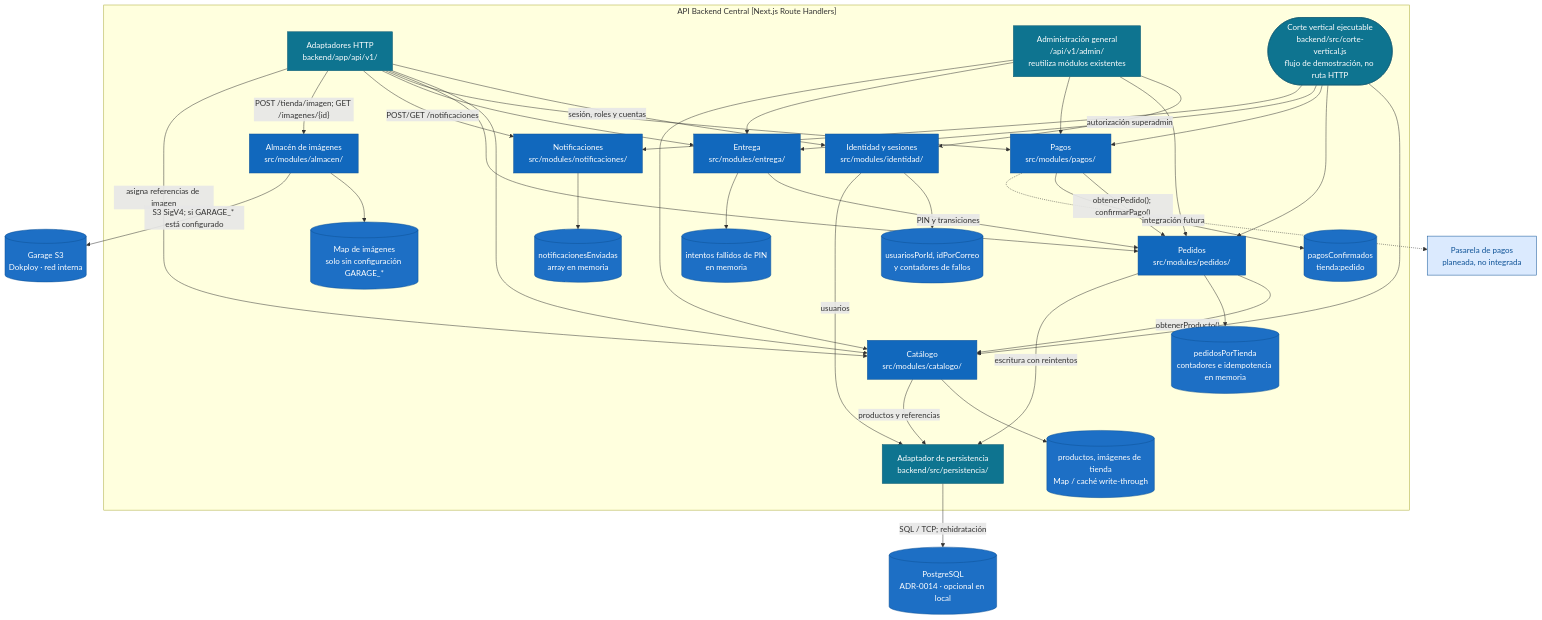
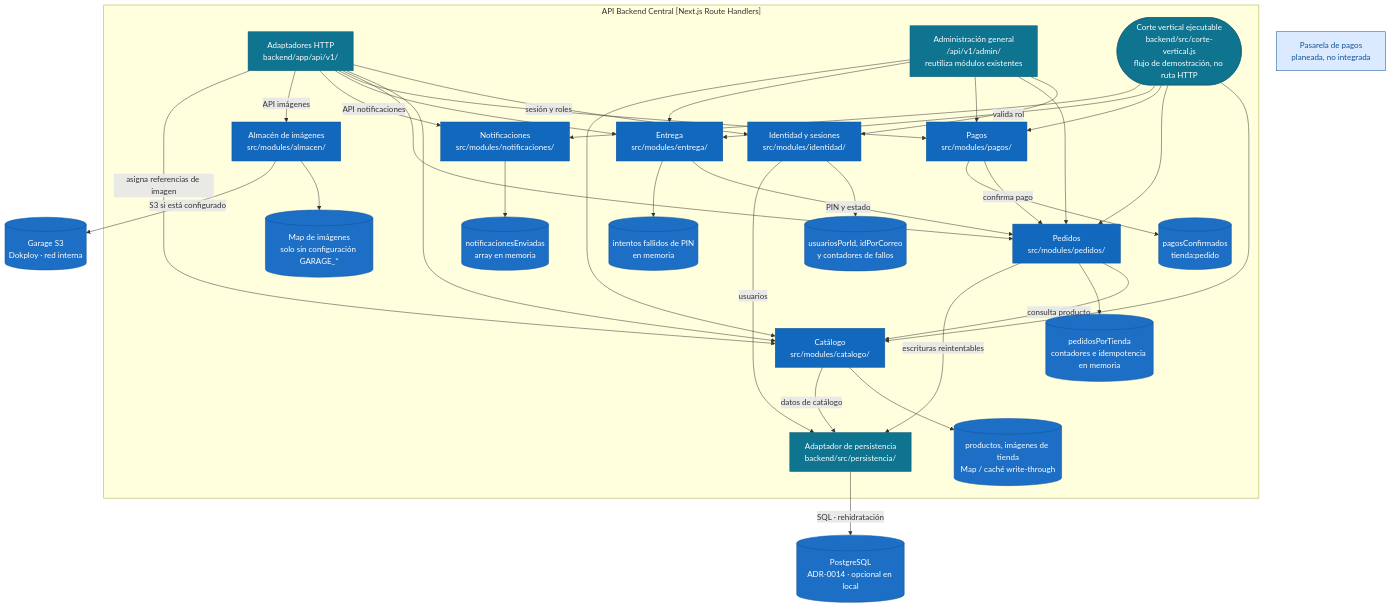
Before and after one commit to ISCOUTB/AS_202620_LaPlacita: the diagram in docs/c4/componentes.md, drawn with Mermaid. The commit also changed 2 other files, not shown here.

Commit message:
Aclarar relaciones y ajustar etiquetas C4

````diff
--- a/docs/c4/componentes.md
+++ b/docs/c4/componentes.md
@@ -5,66 +5,65 @@
 ```mermaid
 flowchart TB
     classDef module fill:#1168bd,stroke:#0e5296,color:#fff;
     classDef store fill:#1d6fc5,stroke:#0e5296,color:#fff;
     classDef adapter fill:#0e7490,stroke:#155e75,color:#fff;
     classDef planned fill:#dbeafe,stroke:#0e5296,color:#0e5296;
 
     subgraph api ["API Backend Central [Next.js Route Handlers]"]
         HTTP["Adaptadores HTTP<br/>backend/app/api/v1/"]:::adapter
         ADMIN["Administración general<br/>/api/v1/admin/<br/>reutiliza módulos existentes"]:::adapter
         CV(["Corte vertical ejecutable<br/>backend/src/corte-vertical.js<br/>flujo de demostración, no ruta HTTP"]):::adapter
         CAT["Catálogo<br/>src/modules/catalogo/"]:::module
         PED["Pedidos<br/>src/modules/pedidos/"]:::module
         PAG["Pagos<br/>src/modules/pagos/"]:::module
         ENT["Entrega<br/>src/modules/entrega/"]:::module
         NOT["Notificaciones<br/>src/modules/notificaciones/"]:::module
         ID["Identidad y sesiones<br/>src/modules/identidad/"]:::module
         ALM["Almacén de imágenes<br/>src/modules/almacen/"]:::module
         PERS["Adaptador de persistencia<br/>backend/src/persistencia/"]:::adapter
         S_CAT[("productos, imágenes de tienda<br/>Map / caché write-through")]:::store
         S_PED[("pedidosPorTienda<br/>contadores e idempotencia en memoria")]:::store
         S_PAG[("pagosConfirmados<br/>tienda:pedido")]:::store
         S_ENT[("intentos fallidos de PIN<br/>en memoria")]:::store
         S_NOT[("notificacionesEnviadas<br/>array en memoria")]:::store
         S_ID[("usuariosPorId, idPorCorreo<br/>y contadores de fallos")]:::store
         S_ALM[("Map de imágenes<br/>solo sin configuración GARAGE_*")]:::store
     end
     DB[("PostgreSQL<br/>ADR-0014 · opcional en local")]:::store
     GARAGE[("Garage S3<br/>Dokploy · red interna")]:::store
     PASARELA["Pasarela de pagos<br/>planeada, no integrada"]:::planned
 
-    HTTP -->|"sesión, roles y cuentas"| ID
+    HTTP -->|"sesión y roles"| ID
     HTTP --> CAT
     HTTP --> PED
     HTTP --> PAG
     HTTP --> ENT
-    HTTP -->|"POST/GET /notificaciones"| NOT
-    HTTP -->|"POST /tienda/imagen; GET /imagenes/{id}"| ALM
+    HTTP -->|"API notificaciones"| NOT
+    HTTP -->|"API imágenes"| ALM
     HTTP -->|"asigna referencias de imagen"| CAT
-    ADMIN -->|"autorización superadmin"| ID
+    ADMIN -->|"valida rol"| ID
     ADMIN --> PED
     ADMIN --> PAG
     ADMIN --> ENT
     ADMIN --> CAT
     CV --> CAT
     CV --> PED
     CV --> PAG
     CV --> ENT
     CV --> NOT
-    PED -->|"obtenerProducto()"| CAT
-    PAG -->|"obtenerPedido(); confirmarPago()"| PED
-    ENT -->|"PIN y transiciones"| PED
+    PED -->|"consulta producto"| CAT
+    PAG -->|"confirma pago"| PED
+    ENT -->|"PIN y estado"| PED
     CAT --> S_CAT
     PED --> S_PED
     PAG --> S_PAG
     ENT --> S_ENT
     NOT --> S_NOT
     ID --> S_ID
     ALM --> S_ALM
-    CAT -->|"productos y referencias"| PERS
-    PED -->|"escritura con reintentos"| PERS
+    CAT -->|"datos de catálogo"| PERS
+    PED -->|"escrituras reintentables"| PERS
     ID -->|"usuarios"| PERS
-    PERS -->|"SQL / TCP; rehidratación"| DB
-    ALM -->|"S3 SigV4; si GARAGE_* está configurado"| GARAGE
-    PAG -.->|"integración futura"| PASARELA
+    PERS -->|"SQL · rehidratación"| DB
+    ALM -->|"S3 si está configurado"| GARAGE
 ```
````
